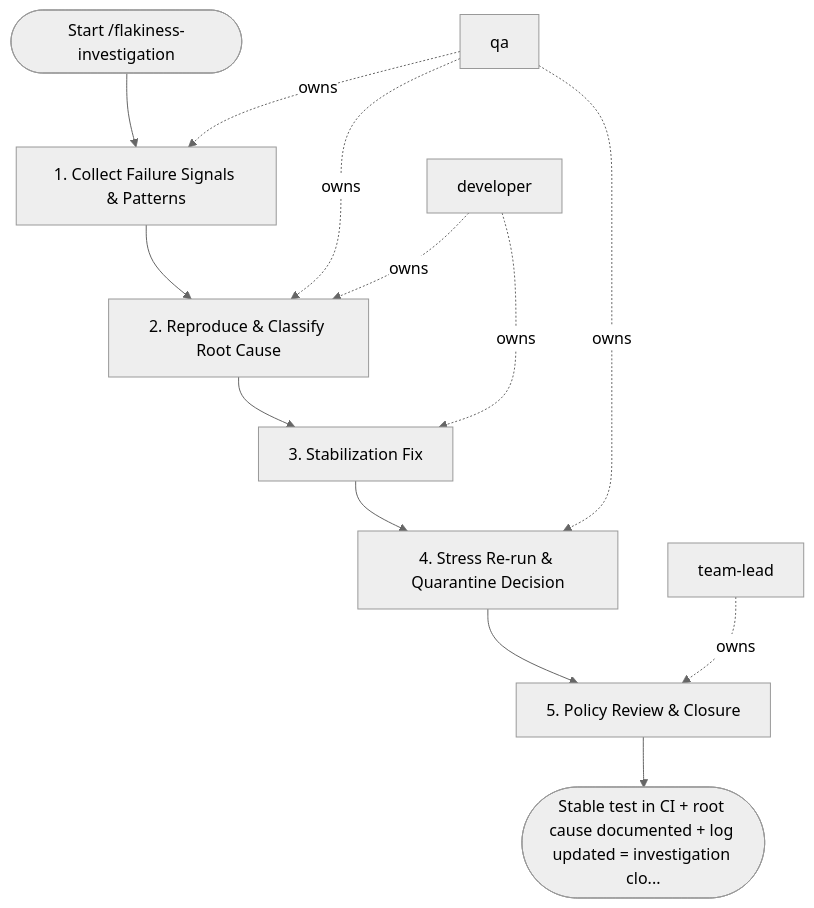
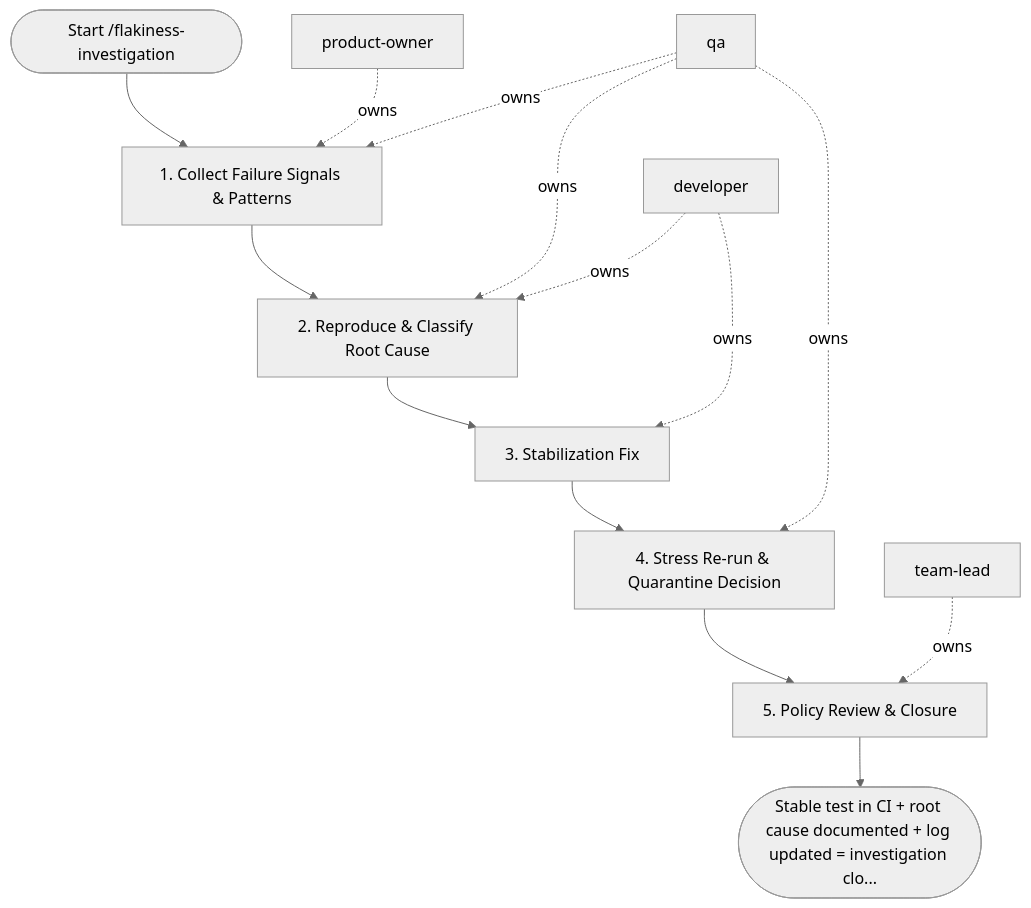
Before and after one commit to sawrus/agent-guides: the diagram in areas/software/qa/workflows/flakiness-investigation.md, drawn with Mermaid (neutral theme). The commit also changed other lines of this file and 76 other files, not shown here.

Commit message:
Standardize workflow product owner initiation

````diff
--- a/areas/software/qa/workflows/flakiness-investigation.md
+++ b/areas/software/qa/workflows/flakiness-investigation.md
@@ -65,25 +65,27 @@
 ```mermaid
 flowchart TD
   start(["Start /flakiness-investigation"])
-  role_1["qa"]
-  role_2["developer"]
-  role_3["team-lead"]
+  role_1["product-owner"]
+  role_2["qa"]
+  role_3["developer"]
+  role_4["team-lead"]
   step_1["1. Collect Failure Signals & Patterns"]
   step_2["2. Reproduce & Classify Root Cause"]
   step_3["3. Stabilization Fix"]
   step_4["4. Stress Re-run & Quarantine Decision"]
   step_5["5. Policy Review & Closure"]
   exit(["Stable test in CI + root cause documented + log updated = investigation clo..."])
   start --> step_1
   step_1 --> step_2
   step_2 --> step_3
   step_3 --> step_4
   step_4 --> step_5
   step_5 --> exit
   role_1 -. owns .-> step_1
-  role_1 -. owns .-> step_2
+  role_2 -. owns .-> step_1
   role_2 -. owns .-> step_2
-  role_2 -. owns .-> step_3
-  role_1 -. owns .-> step_4
-  role_3 -. owns .-> step_5
+  role_3 -. owns .-> step_2
+  role_3 -. owns .-> step_3
+  role_2 -. owns .-> step_4
+  role_4 -. owns .-> step_5
 ```
````
